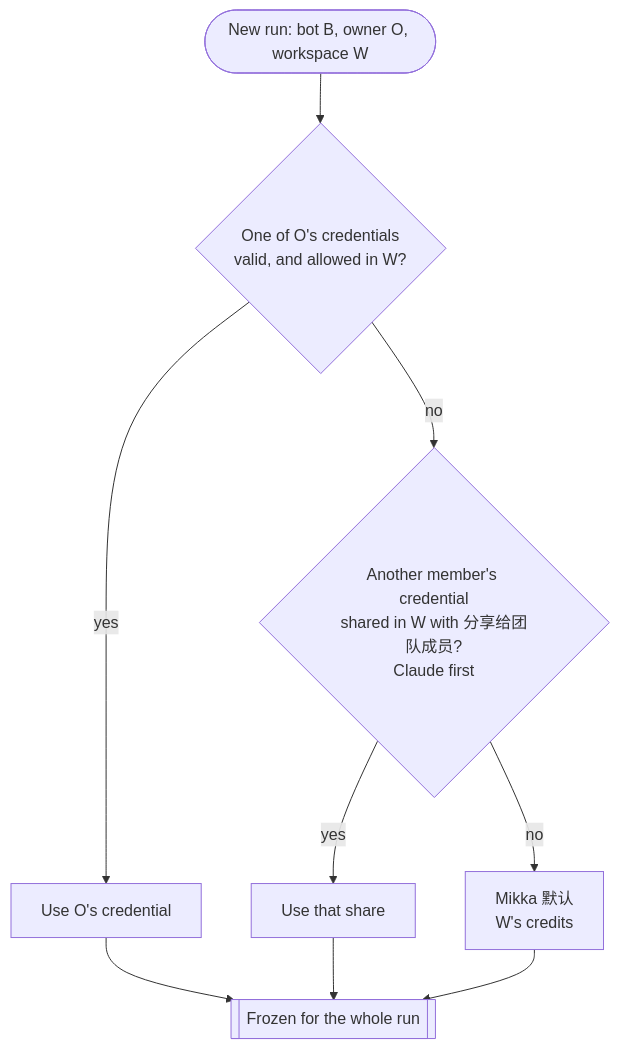
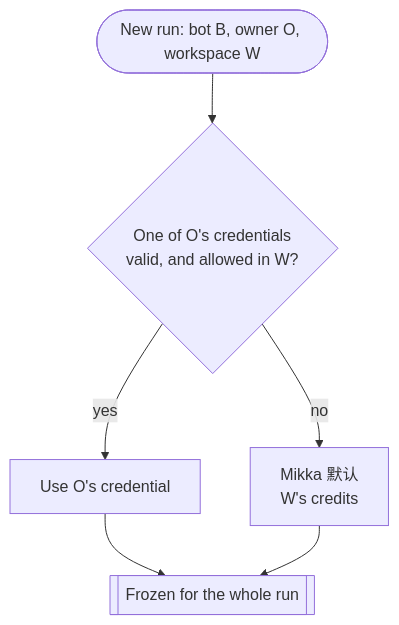
One commit to alexj11324/Mikka changed the diagram in docs/design/orchestration.md. Above: the diagram before and after it, drawn with Mermaid. The commit also changed other lines of this file and 71 other files, not shown here.

````diff
--- a/docs/design/orchestration.md
+++ b/docs/design/orchestration.md
@@ -47,11 +47,8 @@
 ```mermaid
 flowchart TD
   start([New run: bot B, owner O, workspace W]) --> own{One of O's credentials<br/>valid, and allowed in W?}
   own -- yes --> mine[Use O's credential]
-  own -- no --> share{Another member's credential<br/>shared in W with 分享给团队成员?<br/>Claude first}
-  share -- yes --> other[Use that share]
-  share -- no --> hosted[Mikka 默认<br/>W's credits]
+  own -- no --> hosted[Mikka 默认<br/>W's credits]
   mine --> freeze[[Frozen for the whole run]]
-  other --> freeze
   hosted --> freeze
 ```
````
